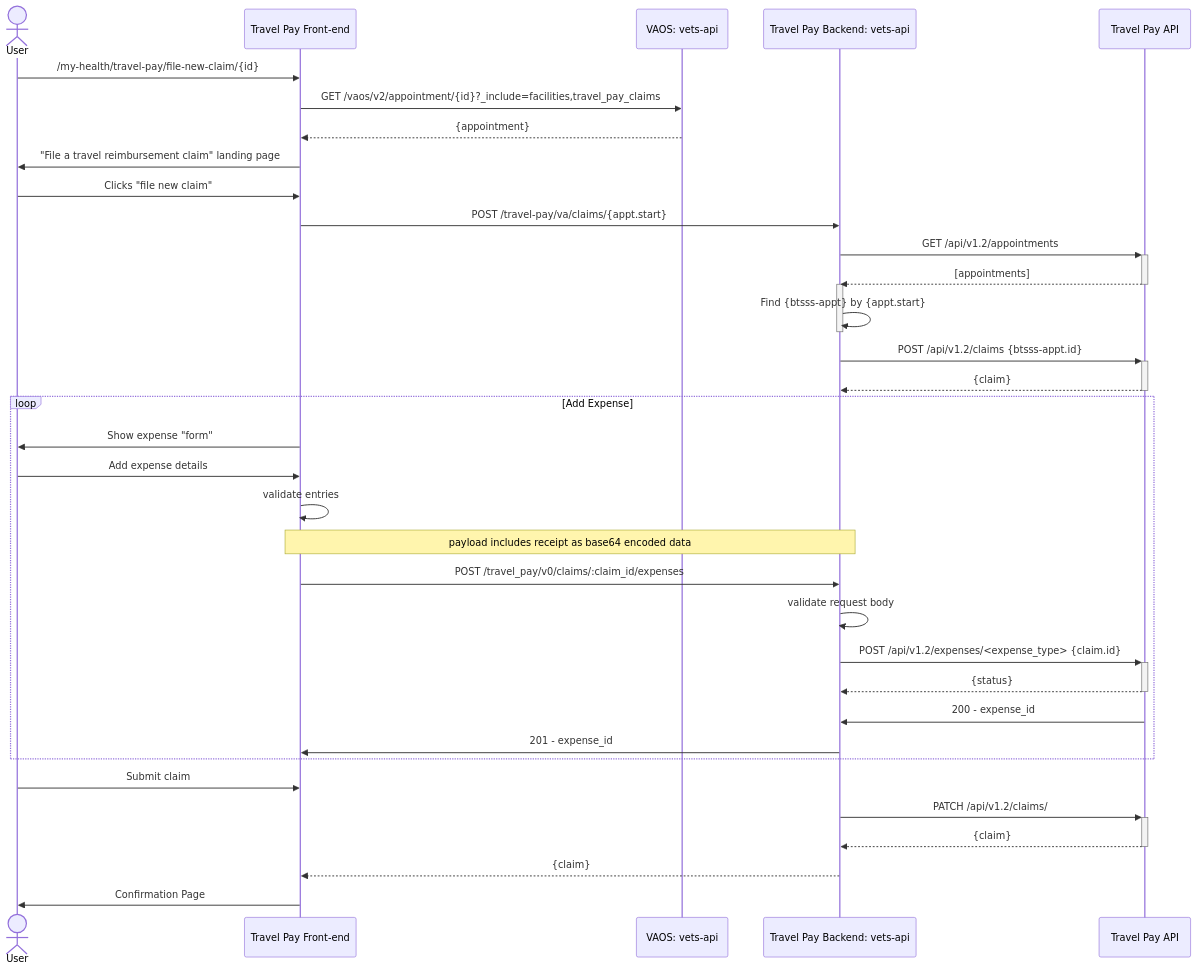
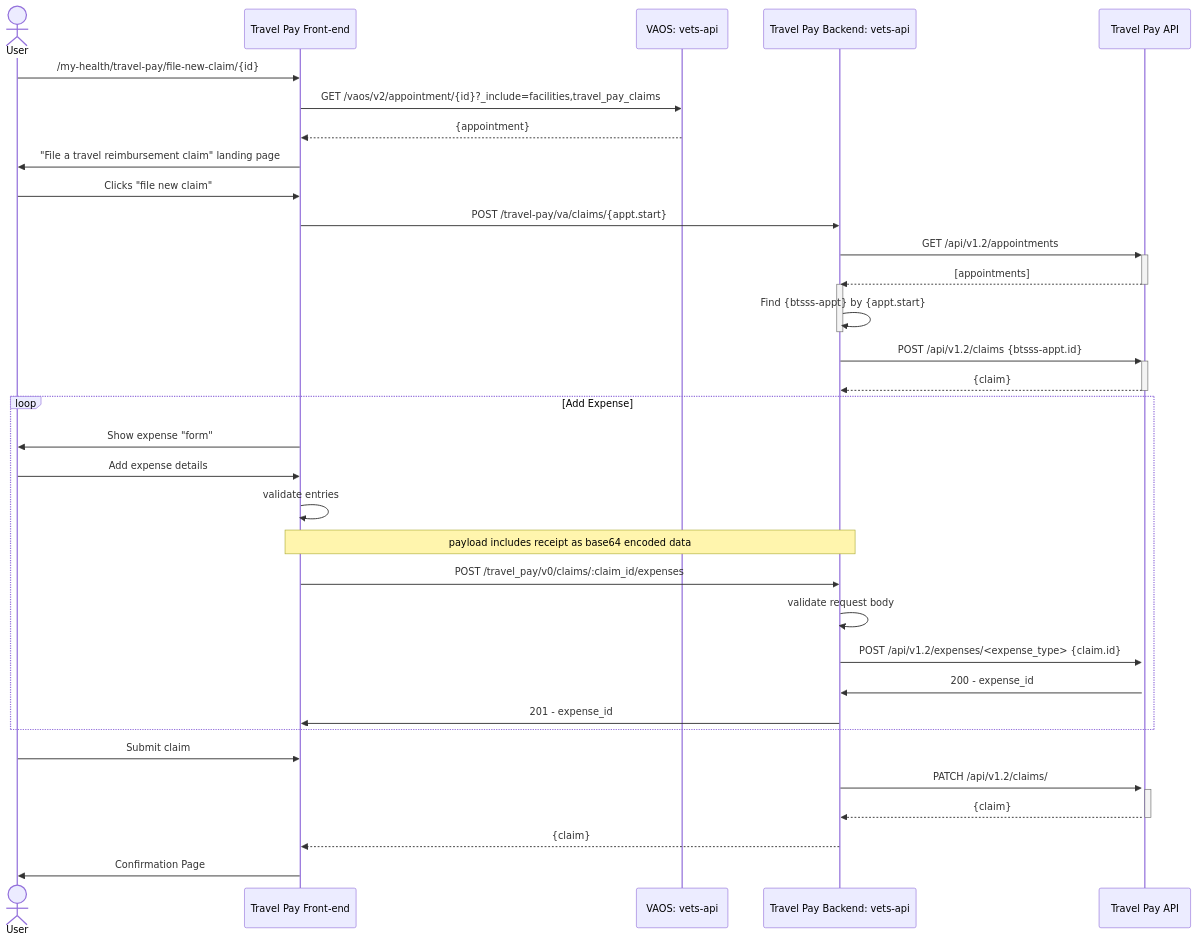
Before and after one commit to department-of-veterans-affairs/va.gov-team: the first of 4 diagrams in products/health-care/beneficiary-travel/engineering/complex_claims/sequence_diagrams.md, drawn with Mermaid. The commit also changed other lines of this file, not shown here.

First line of the commit message:
Update sequence_diagrams.md with expense operations

````diff
--- a/products/health-care/beneficiary-travel/engineering/complex_claims/sequence_diagrams.md
+++ b/products/health-care/beneficiary-travel/engineering/complex_claims/sequence_diagrams.md
@@ -5,48 +5,47 @@
 ```mermaid
 sequenceDiagram
     actor user as User
     participant tpfe as Travel Pay Front-end
     participant vaos as VAOS: vets-api
     participant tpm  as Travel Pay Backend: vets-api
     participant tpapi as Travel Pay API
 
     user ->> tpfe: /my-health/travel-pay/file-new-claim/{id}
     tpfe ->> vaos: GET /vaos/v2/appointment/{id}?_include=facilities,travel_pay_claims
 
     vaos -->> tpfe: {appointment}
     tpfe ->> user: "File a travel reimbursement claim" landing page
     
     user ->> tpfe: Clicks "file new claim"
     tpfe ->> tpm: POST /travel-pay/va/claims/{appt.start}
 
     tpm ->>+ tpapi: GET /api/v1.2/appointments
     tpapi -->>- tpm: [appointments]
     activate tpm
       tpm ->> tpm: Find {btsss-appt} by {appt.start}
     deactivate tpm
 
     tpm ->>+ tpapi: POST /api/v1.2/claims {btsss-appt.id}
     tpapi -->>- tpm: {claim}
 
 
     loop Add Expense
       tpfe ->> user: Show expense "form"
       user ->> tpfe: Add expense details
       tpfe ->> tpfe: validate entries
       note over tpfe,tpm: payload includes receipt as base64 encoded data
       tpfe ->> tpm: POST /travel_pay/v0/claims/:claim_id/expenses
       tpm ->> tpm: validate request body
       tpm ->>+ tpapi: POST /api/v1.2/expenses/<expense_type> {claim.id}
-      tpapi -->>- tpm: {status}
 
       tpapi ->> tpm: 200 - expense_id
       tpm ->> tpfe: 201 - expense_id
     end
     
     user ->> tpfe: Submit claim
     tpm ->>+ tpapi: PATCH /api/v1.2/claims/#{claim.id}/submit
     tpapi -->>- tpm: {claim}
 
     tpm -->> tpfe: {claim}
     tpfe ->> user: Confirmation Page
 ```
````
